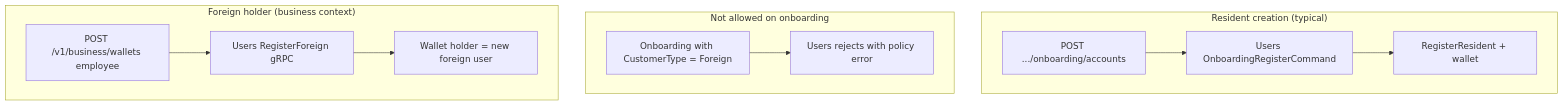
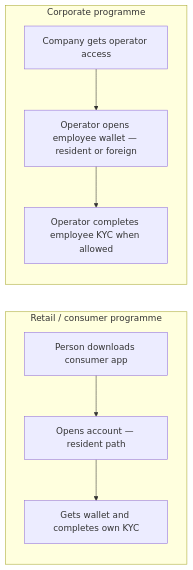
Before and after one commit to mitf-dev-space/mitf_wallet_public_docs: the diagram in docs/architecture/resident-and-foreign-gateway-personas.md, drawn with Mermaid. The commit also changed other lines of this file and 6 other files, not shown here.

First line of the commit message:
docs: business tone for resident/foreign personas page

````diff
--- a/docs/architecture/resident-and-foreign-gateway-personas.md
+++ b/docs/architecture/resident-and-foreign-gateway-personas.md
@@ -42,22 +55,16 @@
 ```mermaid
-flowchart TB
-  subgraph allowed["Resident creation (typical)"]
-    O1[POST .../onboarding/accounts]
-    U1[Users OnboardingRegisterCommand]
-    R1[RegisterResident + wallet]
-    O1 --> U1 --> R1
+flowchart LR
+  subgraph retail["Retail / consumer programme"]
+    A[Person downloads consumer app]
+    B[Opens account — resident path]
+    C[Gets wallet and completes own KYC]
+    A --> B --> C
   end
 
-  subgraph rejected["Not allowed on onboarding"]
-    O2[Onboarding with CustomerType = Foreign]
-    U2[Users rejects with policy error]
-    O2 --> U2
-  end
-
-  subgraph foreignPath["Foreign holder (business context)"]
-    B1[POST /v1/business/wallets employee]
-    RF[Users RegisterForeign gRPC]
-    W1[Wallet holder = new foreign user]
-    B1 --> RF --> W1
+  subgraph corp["Corporate programme"]
+    D[Company gets operator access]
+    E[Operator opens employee wallet — resident or foreign]
+    F[Operator completes employee KYC when allowed]
+    D --> E --> F
   end
 ```
````
